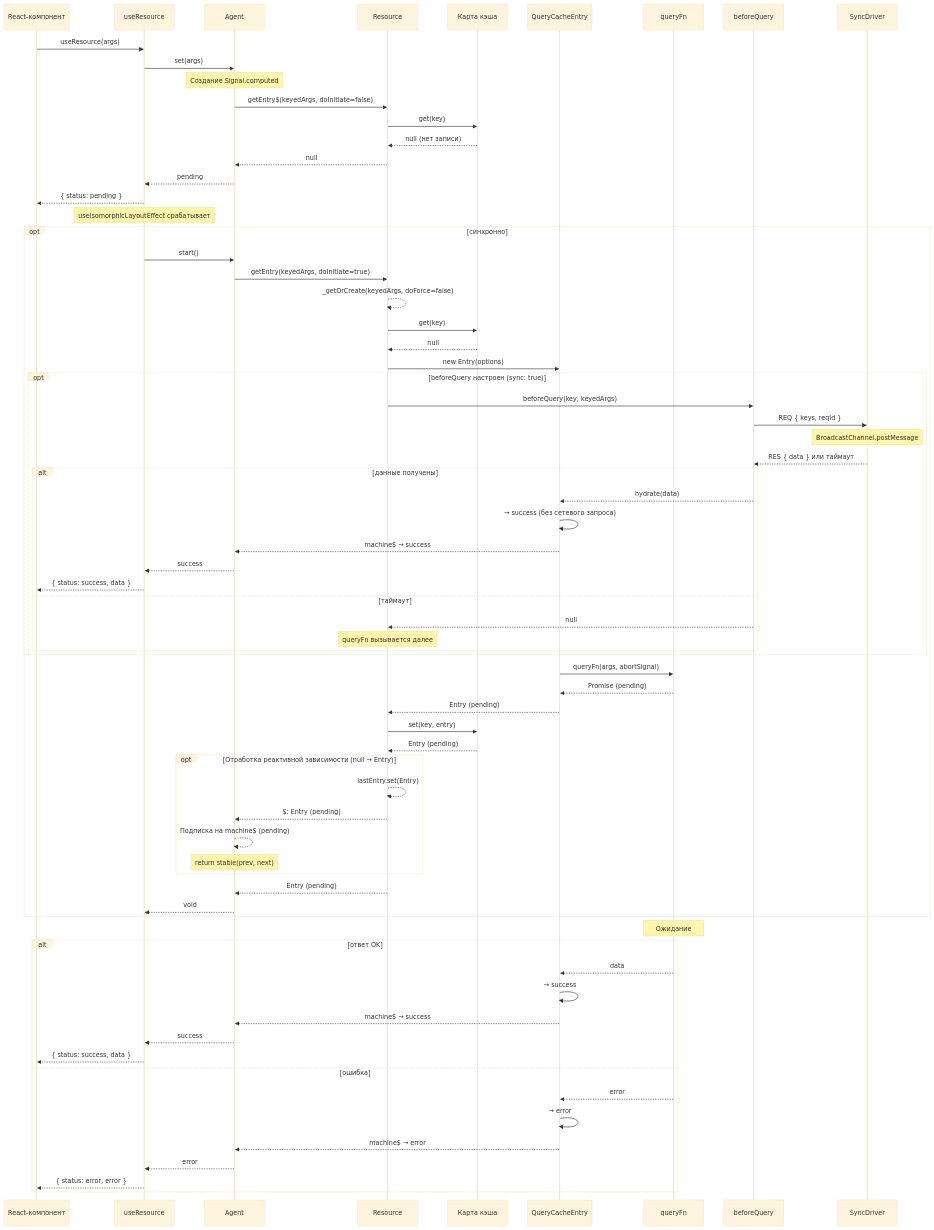
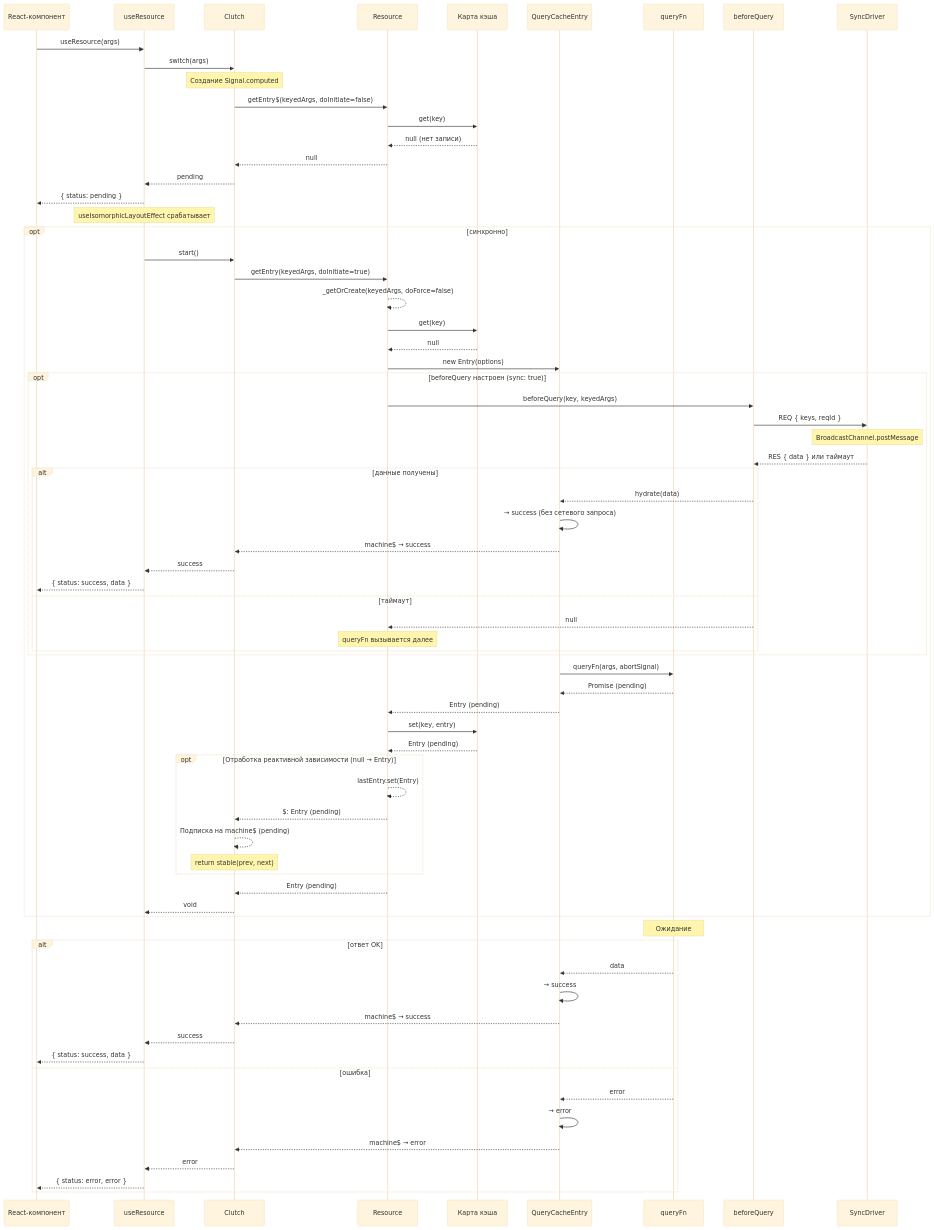
One commit to fozy-labs/rx-toolkit changed the first of 10 diagrams in docs/query/concepts/dataflows.md. Above: the diagram before and after it, drawn with Mermaid (base theme). The commit also changed other lines of this file and 105 other files, not shown here.

````diff
--- a/docs/query/concepts/dataflows.md
+++ b/docs/query/concepts/dataflows.md
@@ -16,7 +16,7 @@
 sequenceDiagram
     participant UI as React-компонент
     participant Hook as useResource
-    participant Agent as Agent
+    participant Clutch as Clutch
     participant Res as Resource
     participant Cache as Карта кэша
     participant Entry as QueryCacheEntry
@@ -25,23 +25,23 @@
     participant Sync as SyncDriver
 
     UI->>Hook: useResource(args)
-    Hook->>Agent: set(args)
+    Hook->>Clutch: switch(args)
 
-    Note over Agent: Создание Signal.computed
+    Note over Clutch: Создание Signal.computed
 
-    Agent->>Res: getEntry$(keyedArgs, doInitiate=false)
+    Clutch->>Res: getEntry$(keyedArgs, doInitiate=false)
 
     Res->>Cache: get(key)
     Cache-->>Res: null (нет записи)
-    Res-->>Agent: null
-    Agent-->>Hook: pending
+    Res-->>Clutch: null
+    Clutch-->>Hook: pending
     Hook-->>UI: { status: pending }
 
     Note over Hook: useIsomorphicLayoutEffect срабатывает
 
     opt синхронно
-        Hook->>Agent: start()
-        Agent->>Res: getEntry(keyedArgs, doInitiate=true)
+        Hook->>Clutch: start()
+        Clutch->>Res: getEntry(keyedArgs, doInitiate=true)
         Res-->>Res: _getOrCreate(keyedArgs, doForce=false)
         Res->>Cache: get(key)
         Cache-->>Res: null
@@ -56,8 +56,8 @@
             alt данные получены
                 BQ-->>Entry: hydrate(data)
                 Entry->>Entry: → success (без сетевого запроса)
-                Entry-->>Agent: machine$ → success
-                Agent-->>Hook: success
+                Entry-->>Clutch: machine$ → success
+                Clutch-->>Hook: success
                 Hook-->>UI: { status: success, data }
             else таймаут
                 BQ-->>Res: null
@@ -75,13 +75,13 @@
 
         opt Отработка реактивной зависимости (null → Entry)
             Res -->> Res: lastEntry.set(Entry)
-            Res-->>Agent: $: Entry (pending)
-            Agent-->>Agent: Подписка на machine$ (pending)
-            Note over Agent: return stable(prev, next)
+            Res-->>Clutch: $: Entry (pending)
+            Clutch-->>Clutch: Подписка на machine$ (pending)
+            Note over Clutch: return stable(prev, next)
         end
 
-        Res -->> Agent: Entry (pending)
-        Agent-->>Hook: void
+        Res -->> Clutch: Entry (pending)
+        Clutch-->>Hook: void
     end
 
     Note over Query: Ожидание
@@ -89,14 +89,14 @@
     alt ответ OK
         Query-->>Entry: data
         Entry->>Entry: → success
-        Entry-->>Agent: machine$ → success
-        Agent-->>Hook: success
+        Entry-->>Clutch: machine$ → success
+        Clutch-->>Hook: success
         Hook-->>UI: { status: success, data }
     else ошибка
         Query-->>Entry: error
         Entry->>Entry: → error
-        Entry-->>Agent: machine$ → error
-        Agent-->>Hook: error
+        Entry-->>Clutch: machine$ → error
+        Clutch-->>Hook: error
         Hook-->>UI: { status: error, error }
     end
 ```
````
